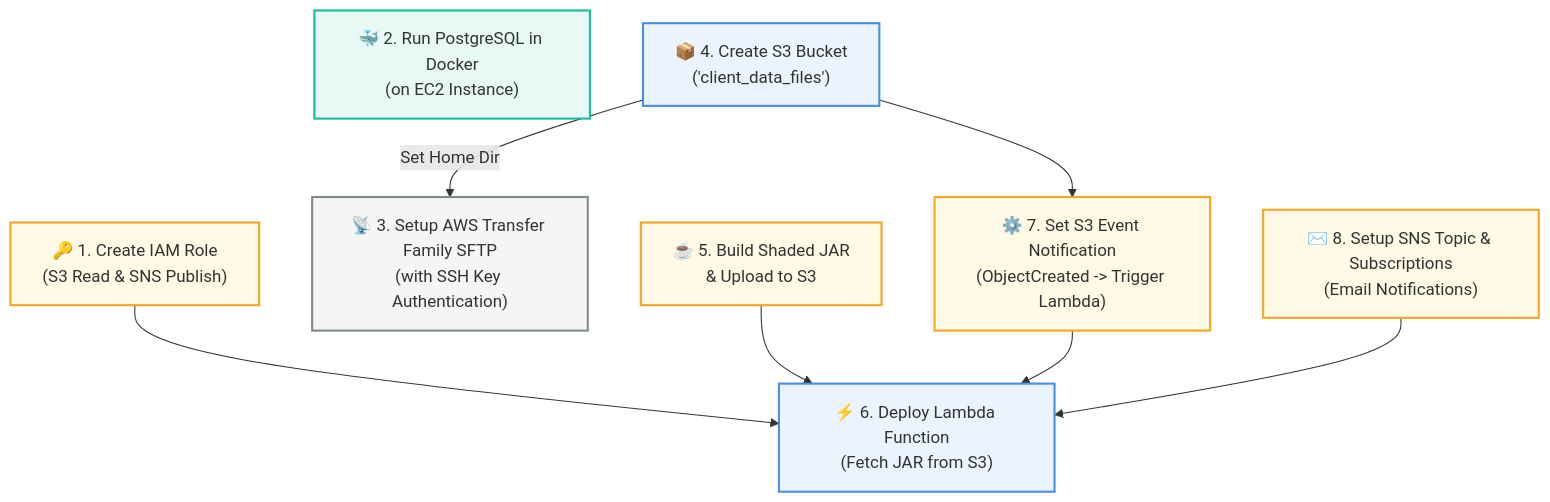
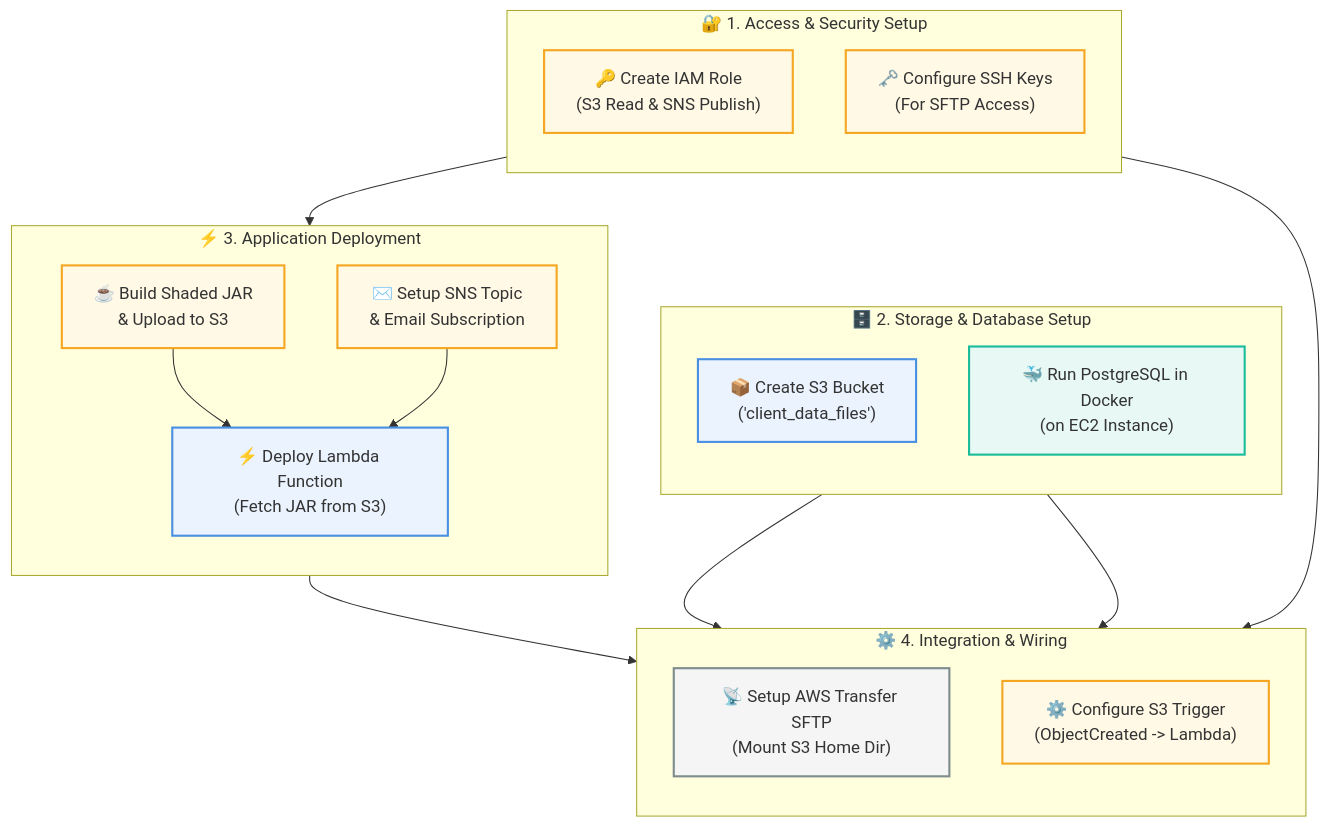
One commit to Phani5611/sftp-file-processor changed the first of 2 diagrams in README.md. Above: the diagram before and after it, drawn with Mermaid. The commit also changed other lines of this file, not shown here.

````diff
--- a/README.md
+++ b/README.md
@@ -11,24 +11,44 @@
 ```mermaid
 flowchart TD
     %% Styling Classes for Visual Clarity
     classDef aws fill:#EBF3FF,stroke:#4A90E2,stroke-width:2px,color:#333;
     classDef config fill:#FFF9E6,stroke:#F5A623,stroke-width:2px,color:#333;
     classDef database fill:#E8F8F5,stroke:#1ABC9C,stroke-width:2px,color:#333;
     classDef server fill:#F5F5F5,stroke:#7F8C8D,stroke-width:2px,color:#333;
 
-    IAM["🔑 1. Create IAM Role<br>(S3 Read & SNS Publish)"]:::config
-    DB_EC2["🐳 2. Run PostgreSQL in Docker<br>(on EC2 Instance)"]:::database
-    SFTP_SRV["📡 3. Setup AWS Transfer Family SFTP<br>(with SSH Key Authentication)"]:::server
-    S3_BKT["📦 4. Create S3 Bucket<br>('client_data_files')"]:::aws
-    JAR_BUILD["☕ 5. Build Shaded JAR<br>& Upload to S3"]:::config
-    LAMBDA["⚡ 6. Deploy Lambda Function<br>(Fetch JAR from S3)"]:::aws
-    S3_TRIGGER["⚙️ 7. Set S3 Event Notification<br>(ObjectCreated -> Trigger Lambda)"]:::config
-    SNS_SETUP["✉️ 8. Setup SNS Topic & Subscriptions<br>(Email Notifications)"]:::config
+    subgraph Security["🔐 1. Access & Security Setup"]
+        direction TB
+        IAM["🔑 Create IAM Role<br>(S3 Read & SNS Publish)"]:::config
+        SSH["🗝️ Configure SSH Keys<br>(For SFTP Access)"]:::config
+    end
 
-    %% Setup connections indicating dependencies
+    subgraph Storage["🗄️ 2. Storage & Database Setup"]
+        direction TB
+        S3_BKT["📦 Create S3 Bucket<br>('client_data_files')"]:::aws
+        DB_EC2["🐳 Run PostgreSQL in Docker<br>(on EC2 Instance)"]:::database
+    end
+
+    subgraph Deploy["⚡ 3. Application Deployment"]
+        direction TB
+        JAR_BUILD["☕ Build Shaded JAR<br>& Upload to S3"]:::config
+        LAMBDA["⚡ Deploy Lambda Function<br>(Fetch JAR from S3)"]:::aws
+        SNS_SETUP["✉️ Setup SNS Topic<br>& Email Subscription"]:::config
+    end
+
+    subgraph Wiring["⚙️ 4. Integration & Wiring"]
+        direction TB
+        SFTP_SRV["📡 Setup AWS Transfer SFTP<br>(Mount S3 Home Dir)"]:::server
+        S3_TRIGGER["⚙️ Configure S3 Trigger<br>(ObjectCreated -> Lambda)"]:::config
+    end
+
+    %% Dependency Connections
     IAM --> LAMBDA
     JAR_BUILD --> LAMBDA
-    S3_BKT --> S3_TRIGGER --> LAMBDA
-    S3_BKT -->|Set Home Dir| SFTP_SRV
     SNS_SETUP --> LAMBDA
+    
+    S3_BKT --> S3_TRIGGER
+    LAMBDA --> S3_TRIGGER
+    
+    S3_BKT --> SFTP_SRV
+    SSH --> SFTP_SRV
 ```
````
